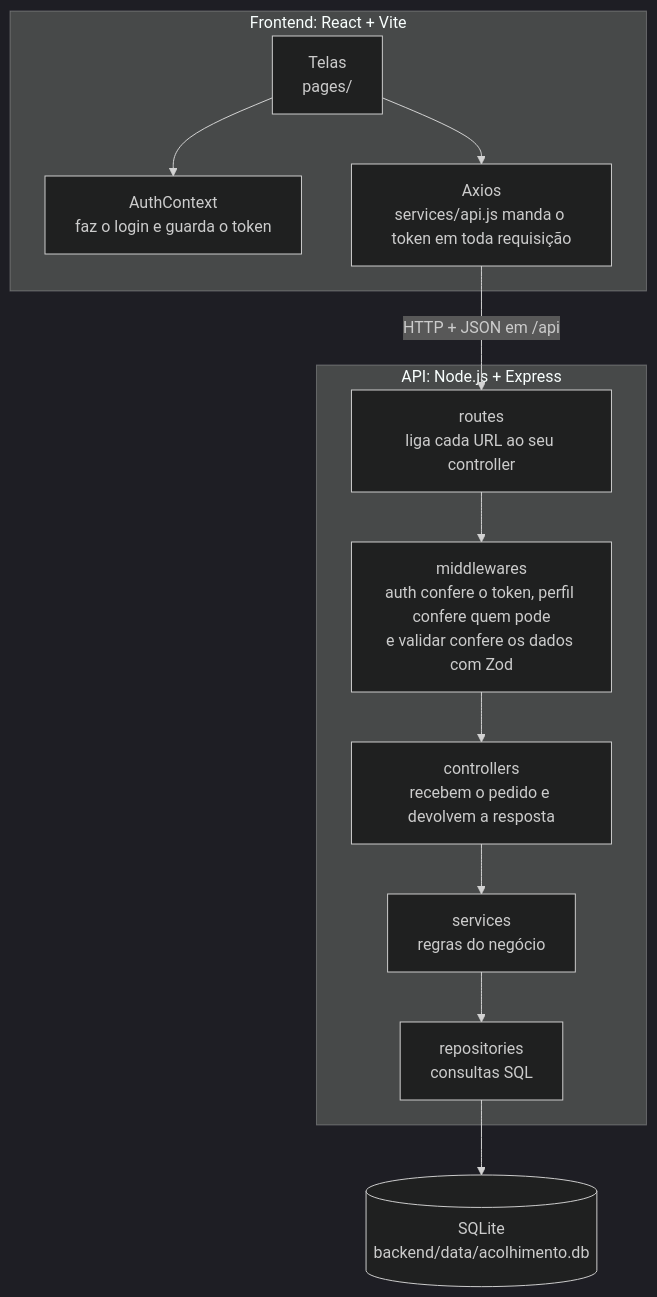
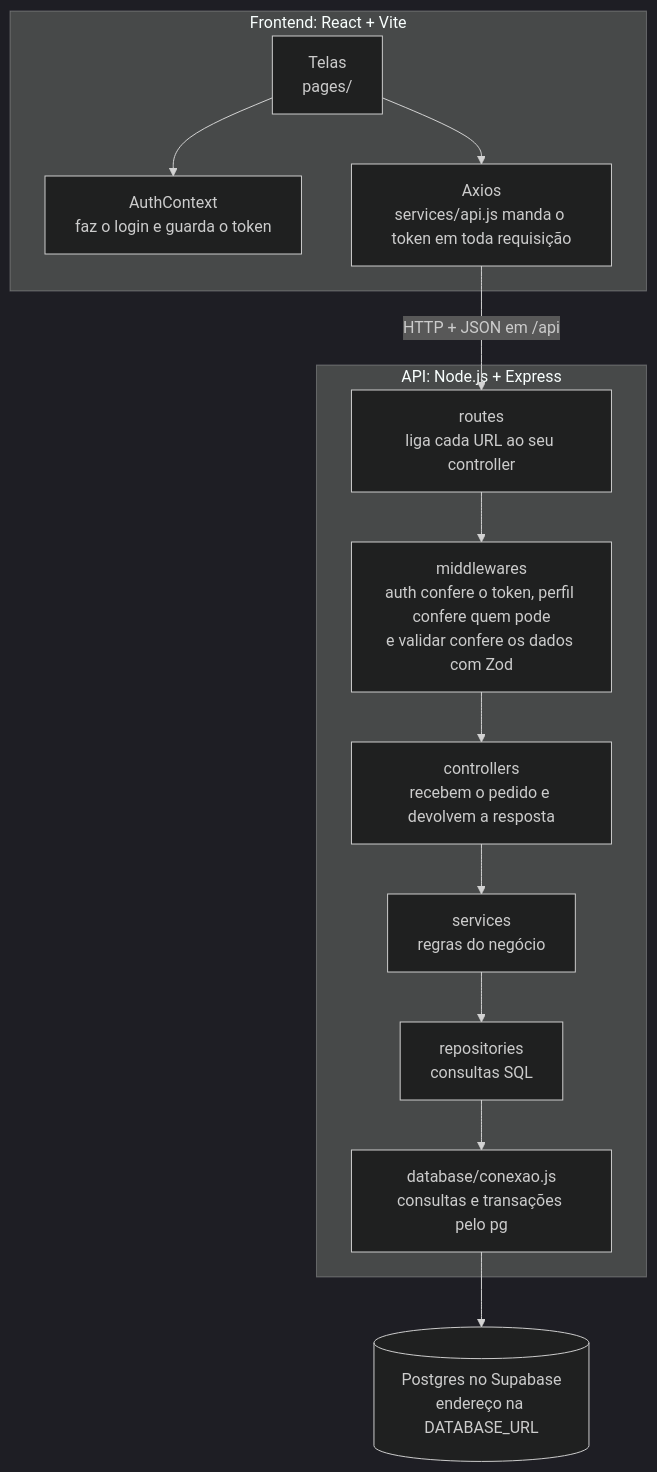
One commit to luisquesada26/acolhimento-amigo changed the first of 2 diagrams in README.md. Above: the diagram before and after it, drawn with Mermaid (dark theme). The commit also changed other lines of this file, not shown here.

Commit message:
docs(lq): readme com o postgres, a database_url e o que falta para publicar

````diff
--- a/README.md
+++ b/README.md
@@ -54,18 +54,19 @@
 ```mermaid
 flowchart TD
     subgraph front ["Frontend: React + Vite"]
         telas["Telas<br/>pages/"] --> sessao["AuthContext<br/>faz o login e guarda o token"]
         telas --> axios["Axios<br/>services/api.js manda o token em toda requisição"]
     end
 
     axios -- "HTTP + JSON em /api" --> rotas
 
     subgraph api ["API: Node.js + Express"]
         rotas["routes<br/>liga cada URL ao seu controller"] --> mid["middlewares<br/>auth confere o token, perfil confere quem pode<br/>e validar confere os dados com Zod"]
         mid --> ctrl["controllers<br/>recebem o pedido e devolvem a resposta"]
         ctrl --> serv["services<br/>regras do negócio"]
         serv --> repo["repositories<br/>consultas SQL"]
+        repo --> conexao["database/conexao.js<br/>consultas e transações pelo pg"]
     end
 
-    repo --> banco[("SQLite<br/>backend/data/acolhimento.db")]
+    conexao --> banco[("Postgres no Supabase<br/>endereço na DATABASE_URL")]
 ```
````
